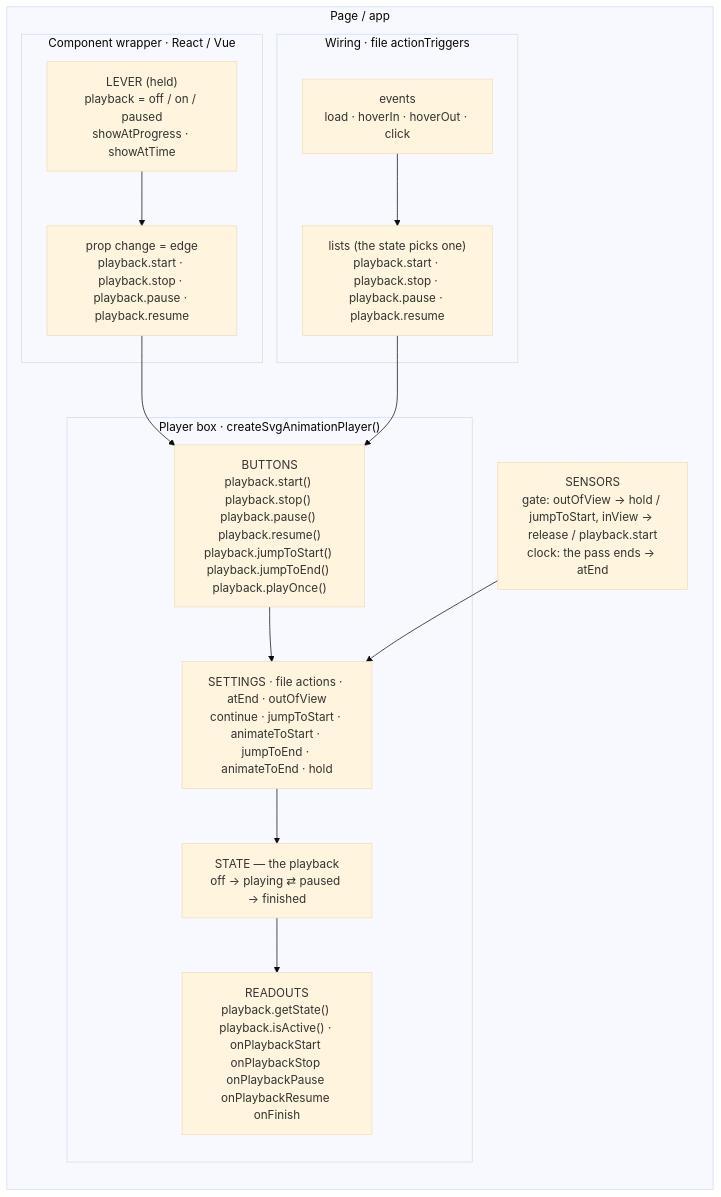
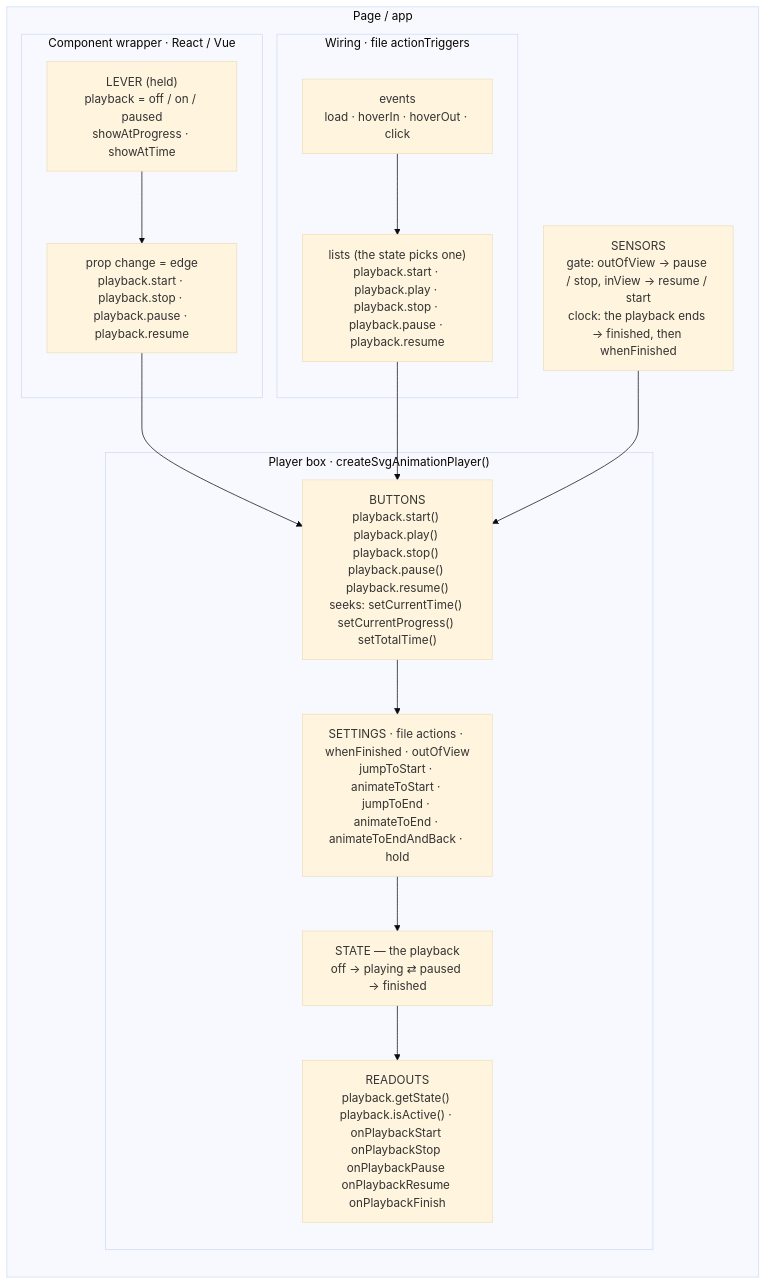
The first of 2 diagrams in dev-docs/plans/animation-state.brainstorm.md (pixodesk/pixodesk-svg-animator), drawn with Mermaid (base theme) before and after one commit. The commit also changed other lines of this file and 139 other files, not shown here.

Commit message:
Simpler playback: one "document" option replaces src/doc, a new play() sits next to start() (start now always starts over), and clearer names like whenFinished and onPlaybackFinish

````diff
--- a/dev-docs/plans/animation-state.brainstorm.md
+++ b/dev-docs/plans/animation-state.brainstorm.md
@@ -148,27 +53,27 @@
 ```mermaid
 flowchart LR
   subgraph page["Page / app"]
     direction TB
     subgraph comp["Component wrapper · React / Vue"]
       lever["LEVER (held)<br/>playback = off / on / paused<br/>showAtProgress · showAtTime"]
       diff["prop change = edge<br/>playback.start · playback.stop · playback.pause · playback.resume"]
       lever --> diff
     end
     subgraph wiring["Wiring · file actionTriggers"]
       ev["events<br/>load · hoverIn · hoverOut · click"]
-      lists["lists (the state picks one)<br/>playback.start · playback.stop · playback.pause · playback.resume"]
+      lists["lists (the state picks one)<br/>playback.start · playback.play · playback.stop · playback.pause · playback.resume"]
       ev --> lists
     end
     subgraph box["Player box · createSvgAnimationPlayer()"]
-      buttons["BUTTONS<br/>playback.start() playback.stop() playback.pause() playback.resume()<br/>playback.jumpToStart() playback.jumpToEnd() playback.playOnce()"]
-      settings["SETTINGS · file actions · atEnd · outOfView<br/>continue · jumpToStart · animateToStart · jumpToEnd · animateToEnd · hold"]
+      buttons["BUTTONS<br/>playback.start() playback.play() playback.stop() playback.pause() playback.resume()<br/>seeks: setCurrentTime() setCurrentProgress() setTotalTime()"]
+      settings["SETTINGS · file actions · whenFinished · outOfView<br/>jumpToStart · animateToStart · jumpToEnd · animateToEnd · animateToEndAndBack · hold"]
       sm["STATE — the playback<br/>off → playing ⇄ paused → finished"]
-      out["READOUTS<br/>playback.getState() playback.isActive() · onPlaybackStart onPlaybackStop onPlaybackPause onPlaybackResume onFinish"]
+      out["READOUTS<br/>playback.getState() playback.isActive() · onPlaybackStart onPlaybackStop onPlaybackPause onPlaybackResume onPlaybackFinish"]
       buttons --> settings --> sm --> out
     end
-    sensors["SENSORS<br/>gate: outOfView → hold / jumpToStart, inView → release / playback.start<br/>clock: the pass ends → atEnd"]
+    sensors["SENSORS<br/>gate: outOfView → pause / stop, inView → resume / start<br/>clock: the playback ends → finished, then whenFinished"]
   end
   diff --> buttons
   lists --> buttons
-  sensors --> settings
+  sensors --> buttons
 ```
````
